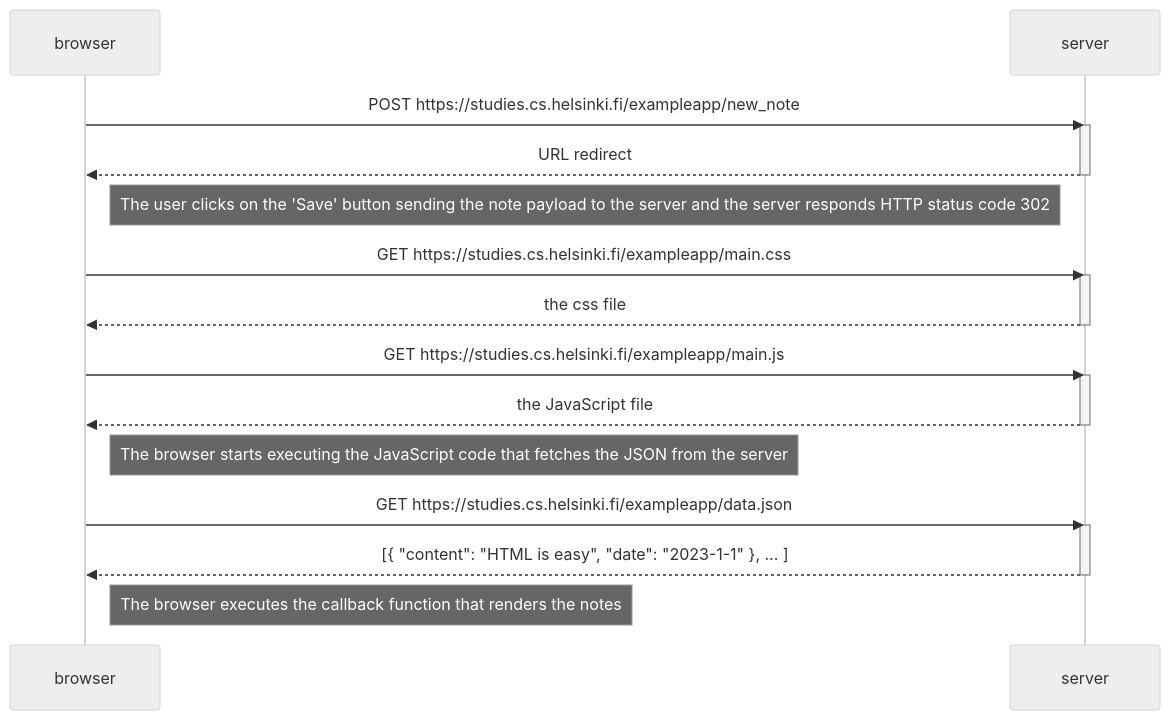
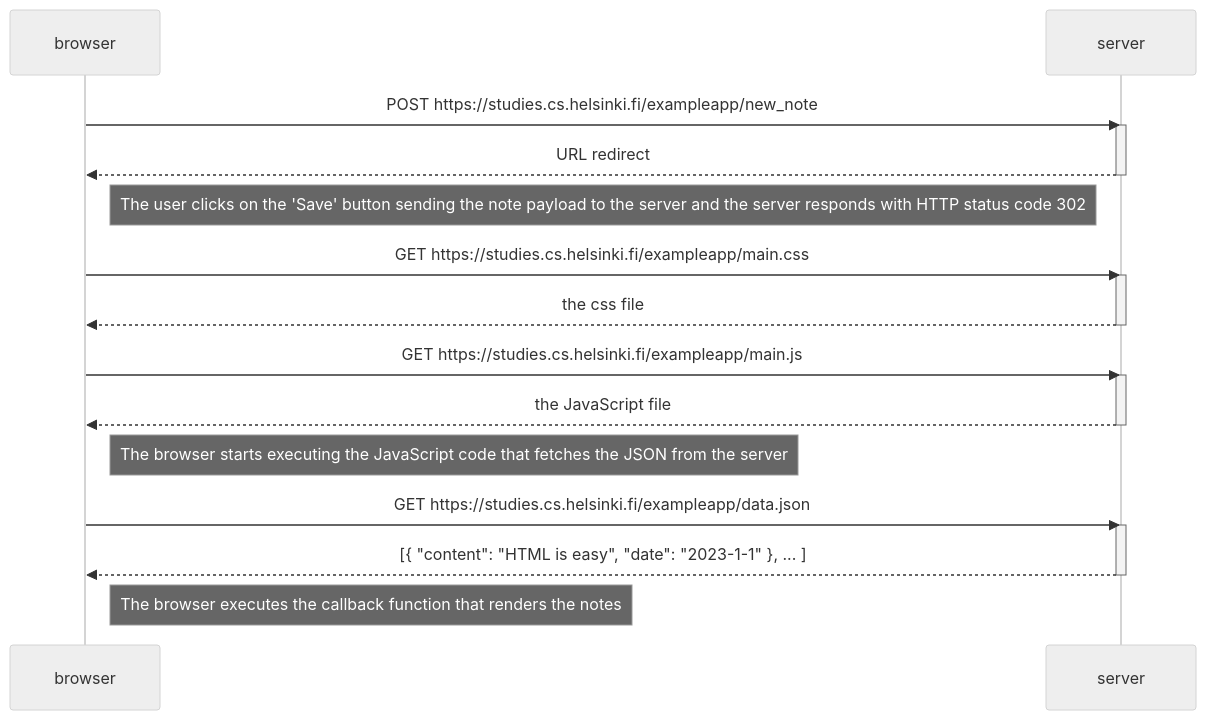
One commit to Lrodriguez9719/fullstackopen changed the diagram in part0/0.4-new_note_diagram.md. Above: the diagram before and after it, drawn with Mermaid (neutral theme).

Commit message:
Small correction

````diff
--- a/part0/0.4-new_note_diagram.md
+++ b/part0/0.4-new_note_diagram.md
@@ -3,31 +3,31 @@
 ```mermaid
   sequenceDiagram
     participant browser
     participant server
 
     browser->>server: POST https://studies.cs.helsinki.fi/exampleapp/new_note
     activate server
     server-->>browser: URL redirect
     deactivate server
 
-    Note right of browser: The user clicks on the 'Save' button sending the note payload to the server and the server responds HTTP status code 302 
+    Note right of browser: The user clicks on the 'Save' button sending the note payload to the server and the server responds with HTTP status code 302 
 
     browser->>server: GET https://studies.cs.helsinki.fi/exampleapp/main.css
     activate server
     server-->>browser: the css file
     deactivate server
 
     browser->>server: GET https://studies.cs.helsinki.fi/exampleapp/main.js
     activate server
     server-->>browser: the JavaScript file
     deactivate server
 
     Note right of browser: The browser starts executing the JavaScript code that fetches the JSON from the server
 
     browser->>server: GET https://studies.cs.helsinki.fi/exampleapp/data.json
     activate server
     server-->>browser: [{ "content": "HTML is easy", "date": "2023-1-1" }, ... ]
     deactivate server
 
     Note right of browser: The browser executes the callback function that renders the notes
 ```
````
